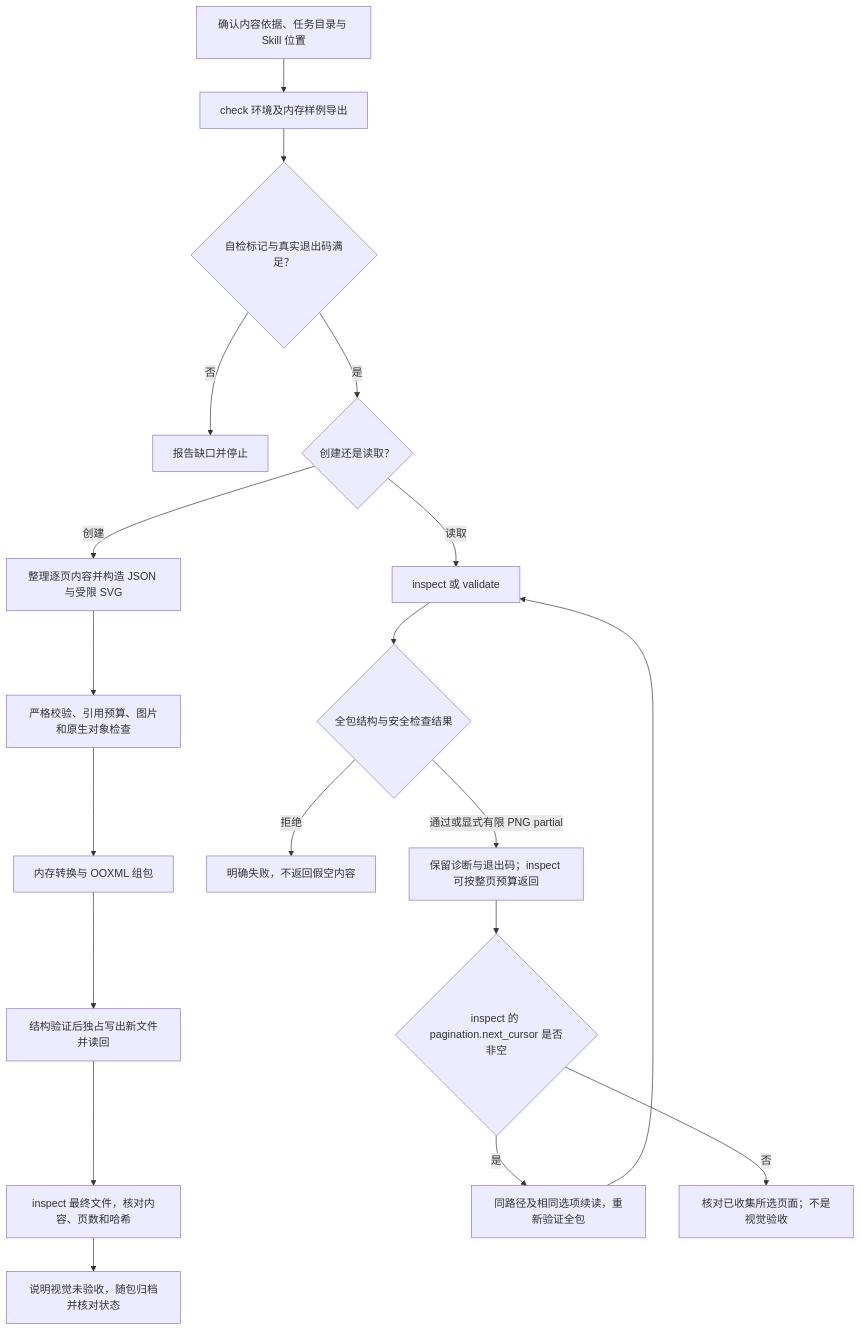
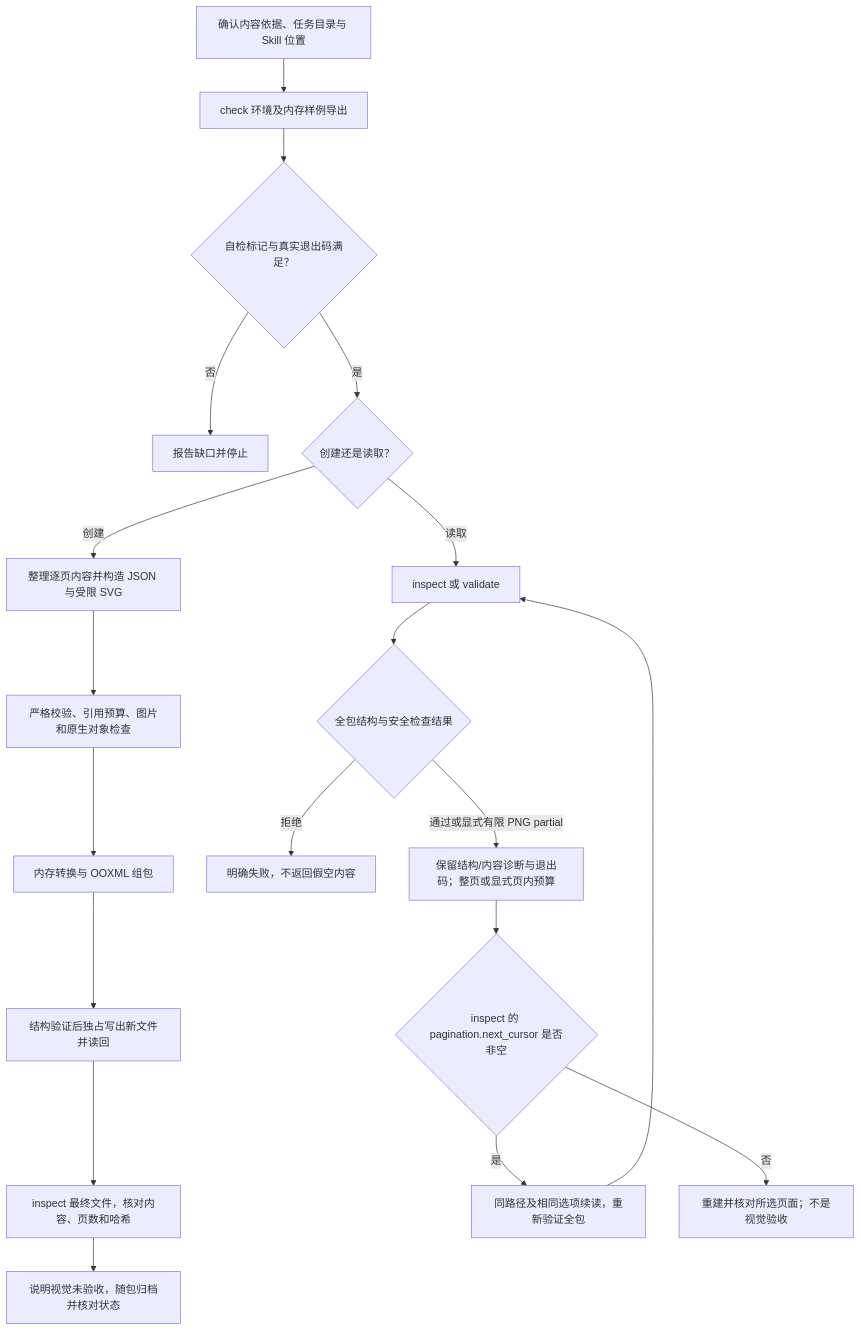
The second of 2 diagrams in docs/skills/pptx.md (JohnParken/PSL-SKILLS), drawn with Mermaid before and after one commit. The commit also changed other lines of this file and 16 other files, not shown here.

````diff
--- a/docs/skills/pptx.md
+++ b/docs/skills/pptx.md
@@ -66,21 +68,21 @@
 ```mermaid
 flowchart TD
     A["确认内容依据、任务目录与 Skill 位置"] --> B["check 环境及内存样例导出"]
     B --> C{"自检标记与真实退出码满足？"}
     C -->|"否"| X["报告缺口并停止"]
     C -->|"是"| D{"创建还是读取？"}
     D -->|"创建"| E["整理逐页内容并构造 JSON 与受限 SVG"]
     E --> F["严格校验、引用预算、图片和原生对象检查"]
     F --> G["内存转换与 OOXML 组包"]
     G --> H["结构验证后独占写出新文件并读回"]
     H --> I["inspect 最终文件，核对内容、页数和哈希"]
     I --> J["说明视觉未验收，随包归档并核对状态"]
     D -->|"读取"| K["inspect 或 validate"]
     K --> L{"全包结构与安全检查结果"}
     L -->|"拒绝"| Y["明确失败，不返回假空内容"]
-    L -->|"通过或显式有限 PNG partial"| M["保留诊断与退出码；inspect 可按整页预算返回"]
+    L -->|"通过或显式有限 PNG partial"| M["保留结构/内容诊断与退出码；整页或显式页内预算"]
     M --> O{"inspect 的 pagination.next_cursor 是否非空"}
     O -->|"是"| P["同路径及相同选项续读，重新验证全包"]
     P --> K
-    O -->|"否"| Q["核对已收集所选页面；不是视觉验收"]
+    O -->|"否"| Q["重建并核对所选页面；不是视觉验收"]
 ```
````
